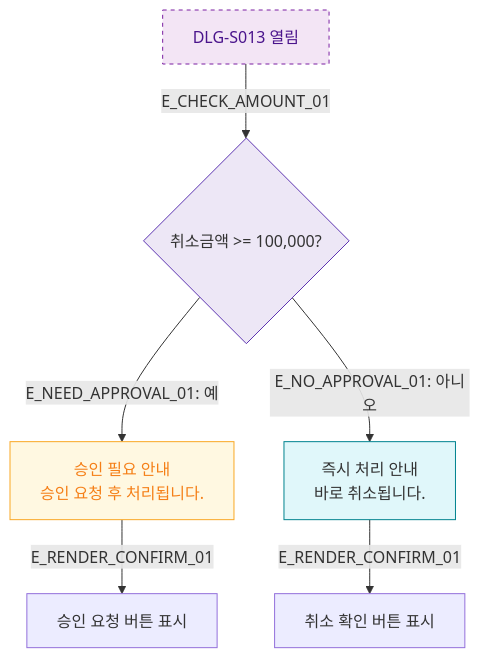
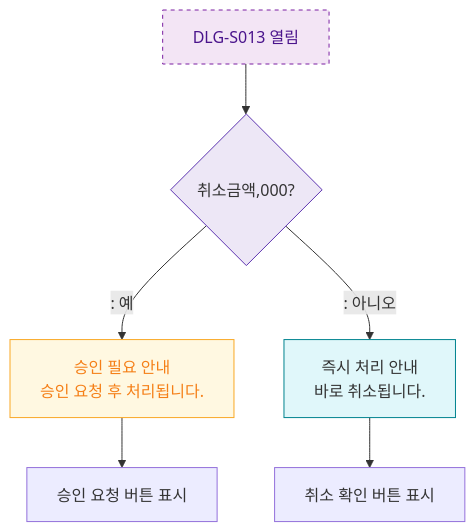
The diagram in docs/다이어그램/D03_매출관리/DLG-S013_환불처리/M2_필드검증.md (dev-spogym/admin-pando), drawn with Mermaid before and after one commit. The commit also changed other lines of this file and 1660 other files, not shown here.

First line of the commit message:
다이어그램: 기획자/클라이언트 납품본으로 정리

````diff
--- a/docs/다이어그램/D03_매출관리/DLG-S013_환불처리/M2_필드검증.md
+++ b/docs/다이어그램/D03_매출관리/DLG-S013_환불처리/M2_필드검증.md
@@ -20,20 +18,20 @@
 ```mermaid
 flowchart TD
-    OPEN[DLG-S013 열림] -->|E_CHECK_AMOUNT_01| AMOUNT_GATE{취소금액 >= 100,000?}
+    OPEN[DLG-S013 열림] --> AMOUNT_GATE{취소금액,000?}
 
-    AMOUNT_GATE -->|"E_NEED_APPROVAL_01: 예"| APPROVAL_INFO[승인 필요 안내\n승인 요청 후 처리됩니다.]
-    AMOUNT_GATE -->|"E_NO_APPROVAL_01: 아니오"| DIRECT_INFO[즉시 처리 안내\n바로 취소됩니다.]
+    AMOUNT_GATE -->|": 예"|APPROVAL_INFO[승인 필요 안내\n승인 요청 후 처리됩니다.]
+    AMOUNT_GATE -->|": 아니오"|DIRECT_INFO[즉시 처리 안내\n바로 취소됩니다.]
 
-    APPROVAL_INFO -->|E_RENDER_CONFIRM_01| CONFIRM_BTN[승인 요청 버튼 표시]
-    DIRECT_INFO -->|E_RENDER_CONFIRM_01| CONFIRM_BTN2[취소 확인 버튼 표시]
+    APPROVAL_INFO --> CONFIRM_BTN[승인 요청 버튼 표시]
+    DIRECT_INFO --> CONFIRM_BTN2[취소 확인 버튼 표시]
 
     classDef newFeature fill:#F3E5F5,stroke:#7B1FA2,color:#4A148C,stroke-dasharray:4 4
     classDef system fill:#EDE7F6,stroke:#5E35B2
     classDef warning fill:#FFF8E1,stroke:#F9A825,color:#F57F17
     classDef info fill:#E0F7FA,stroke:#00838F
 
     class OPEN newFeature
     class AMOUNT_GATE system
     class APPROVAL_INFO warning
     class DIRECT_INFO info
 ```
````
